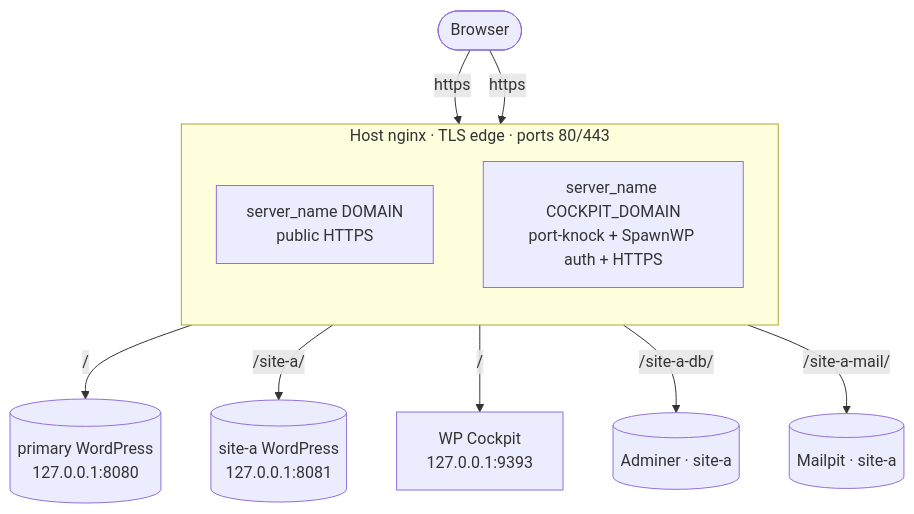
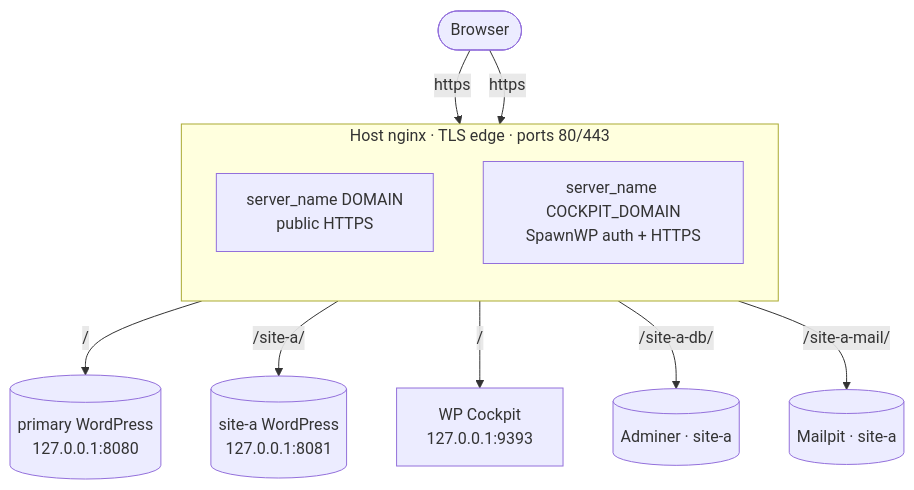
Before and after one commit to tts-empire/spawnwp: the first of 2 diagrams in docs/architecture.md, drawn with Mermaid. The commit also changed 9 other files, not shown here.

````diff
--- a/docs/architecture.md
+++ b/docs/architecture.md
@@ -12,18 +12,18 @@
 ```mermaid
 flowchart TB
     user([Browser])
     subgraph edge[Host nginx · TLS edge · ports 80/443]
         direction TB
         develVH[server_name DOMAIN<br/>public HTTPS]
-        cockpitVH[server_name COCKPIT_DOMAIN<br/>port-knock + SpawnWP auth + HTTPS]
+        cockpitVH[server_name COCKPIT_DOMAIN<br/>SpawnWP auth + HTTPS]
     end
     user -->|https| develVH
     user -->|https| cockpitVH
 
     develVH -->|/| primary[(primary WordPress<br/>127.0.0.1:8080)]
     develVH -->|/site-a/| siteA[(site-a WordPress<br/>127.0.0.1:8081)]
 
     cockpitVH -->|/| cockpit[WP Cockpit<br/>127.0.0.1:9393]
     cockpitVH -->|/site-a-db/| adminer[(Adminer · site-a)]
     cockpitVH -->|/site-a-mail/| mailpit[(Mailpit · site-a)]
 ```
````
